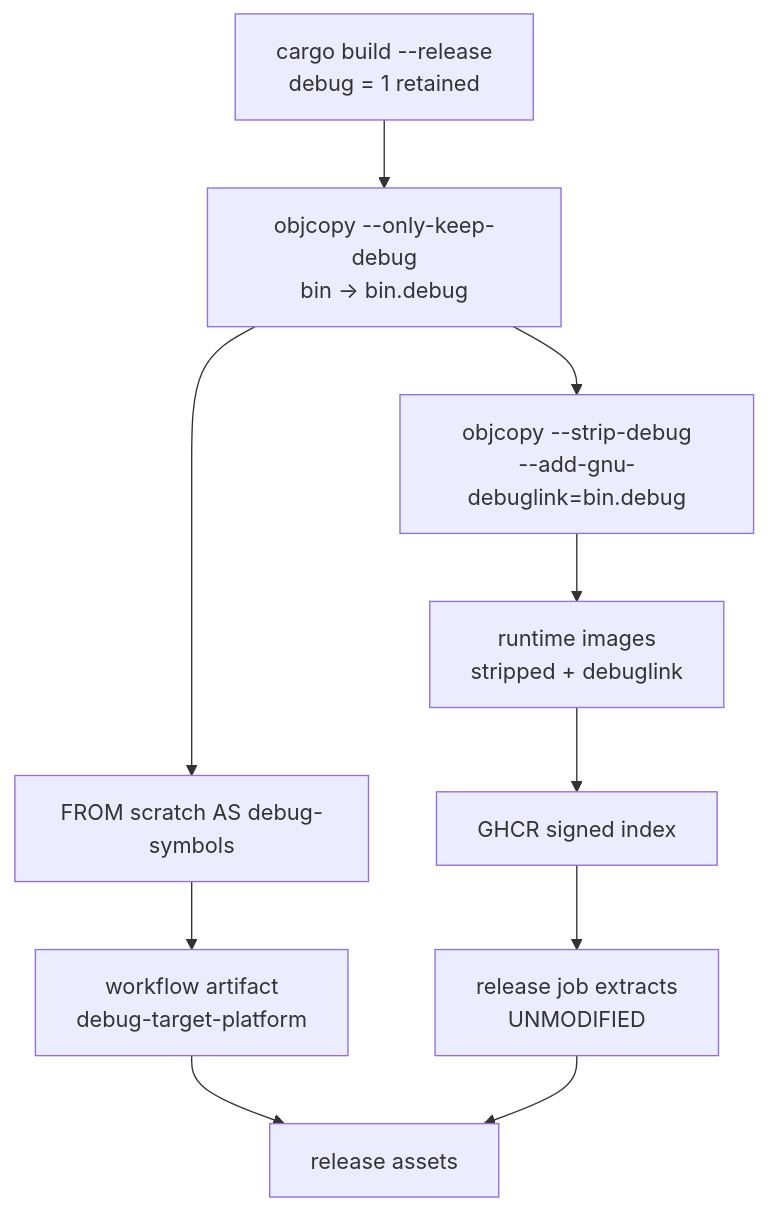
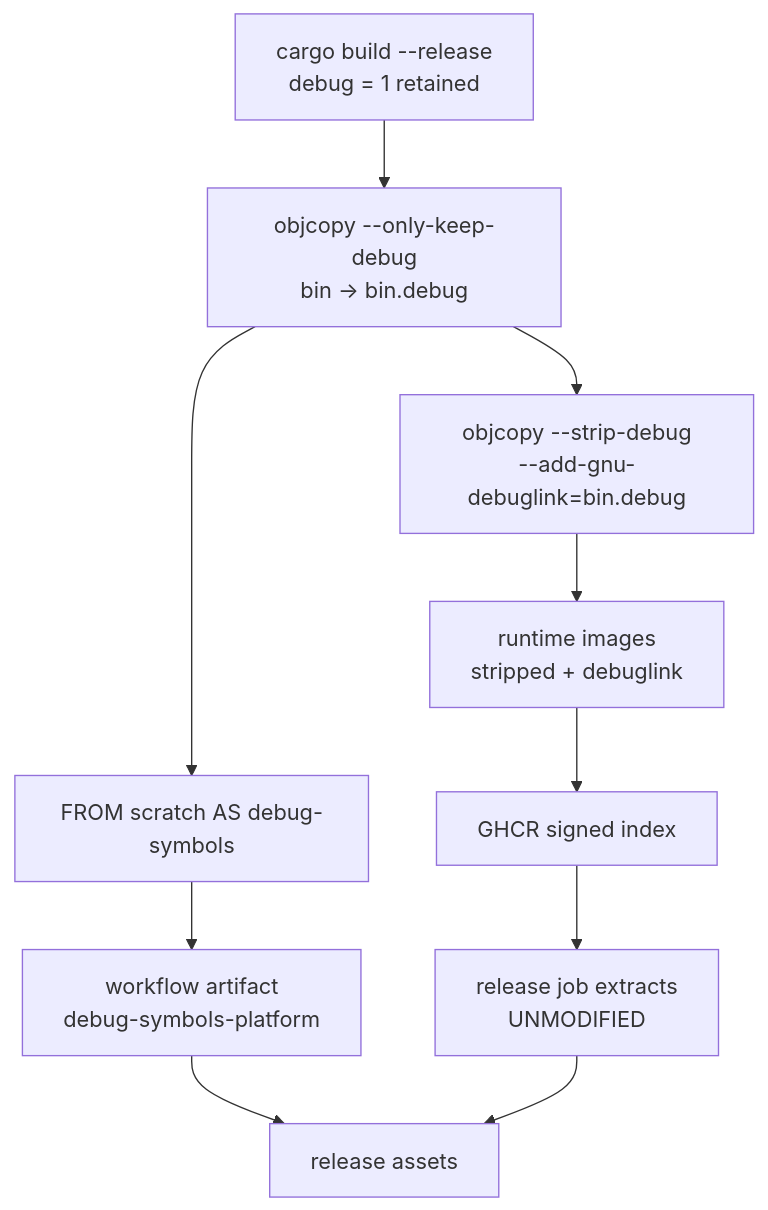
The second of 2 diagrams in docs/adrs/0086-github-releases-and-release-hygiene.md (NOFireAI/ravel), drawn with Mermaid before and after one commit. The commit also changed other lines of this file and 1 other file, not shown here.

````diff
--- a/docs/adrs/0086-github-releases-and-release-hygiene.md
+++ b/docs/adrs/0086-github-releases-and-release-hygiene.md
@@ -188,12 +188,12 @@
 ```mermaid
 flowchart TD
   CB["cargo build --release<br/>debug = 1 retained"] --> O1["objcopy --only-keep-debug<br/>bin -> bin.debug"]
   O1 --> O2["objcopy --strip-debug<br/>--add-gnu-debuglink=bin.debug"]
   O2 --> RT["runtime images<br/>stripped + debuglink"]
   O1 --> DS["FROM scratch AS debug-symbols"]
-  DS --> AR["workflow artifact<br/>debug-target-platform"]
+  DS --> AR["workflow artifact<br/>debug-symbols-platform"]
   RT --> REG["GHCR signed index"]
   REG --> EX["release job extracts<br/>UNMODIFIED"]
   AR --> UP["release assets"]
   EX --> UP
 ```
````
